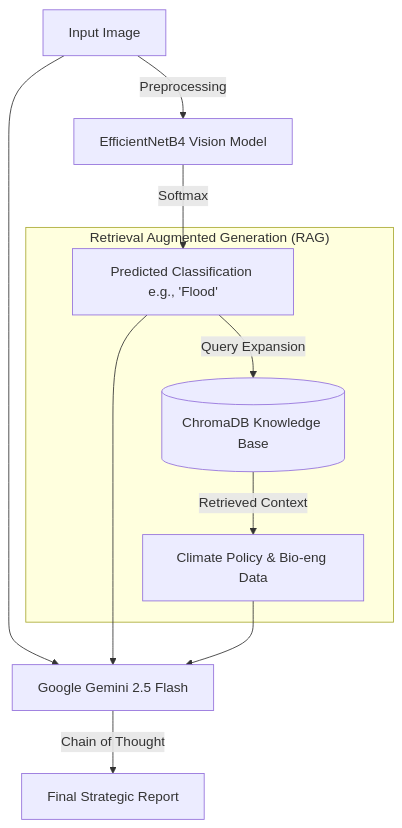
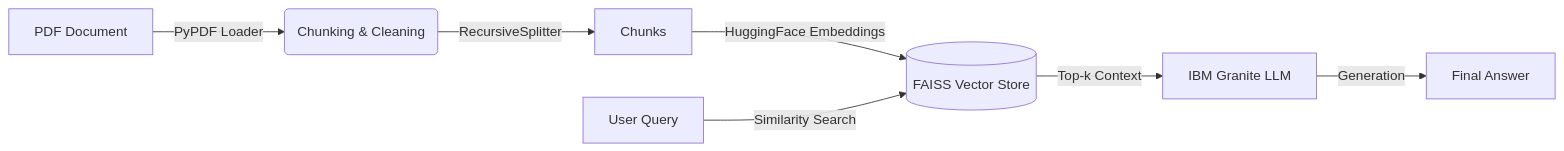
Before and after one commit to mennamarghany/WatsonX-Enterprise-RAG: the diagram in README.md, drawn with Mermaid. The commit also changed other lines of this file, not shown here.

````diff
--- a/README.md
+++ b/README.md
@@ -10,17 +11,10 @@
 ```mermaid
-graph TD
-    Input[Input Image] -->|Preprocessing| CNN[EfficientNetB4 Vision Model]
-    CNN -->|Softmax| Label[Predicted Classification e.g., 'Flood']
-    
-    subgraph "Retrieval Augmented Generation (RAG)"
-    Label -->|Query Expansion| VectorDB[(ChromaDB Knowledge Base)]
-    VectorDB -->|Retrieved Context| Policy[Climate Policy & Bio-eng Data]
-    end
-    
-    Input --> MultiModalLLM[Google Gemini 2.5 Flash]
-    Label --> MultiModalLLM
-    Policy --> MultiModalLLM
-    
-    MultiModalLLM -->|Chain of Thought| Report[Final Strategic Report]
+graph LR
+    A[PDF Document] -->|PyPDF Loader| B(Chunking & Cleaning)
+    B -->|RecursiveSplitter| C[Chunks]
+    C -->|HuggingFace Embeddings| D[(FAISS Vector Store)]
+    E[User Query] -->|Similarity Search| D
+    D -->|Top-k Context| F[IBM Granite LLM]
+    F -->|Generation| G[Final Answer]
 
 ```
````
